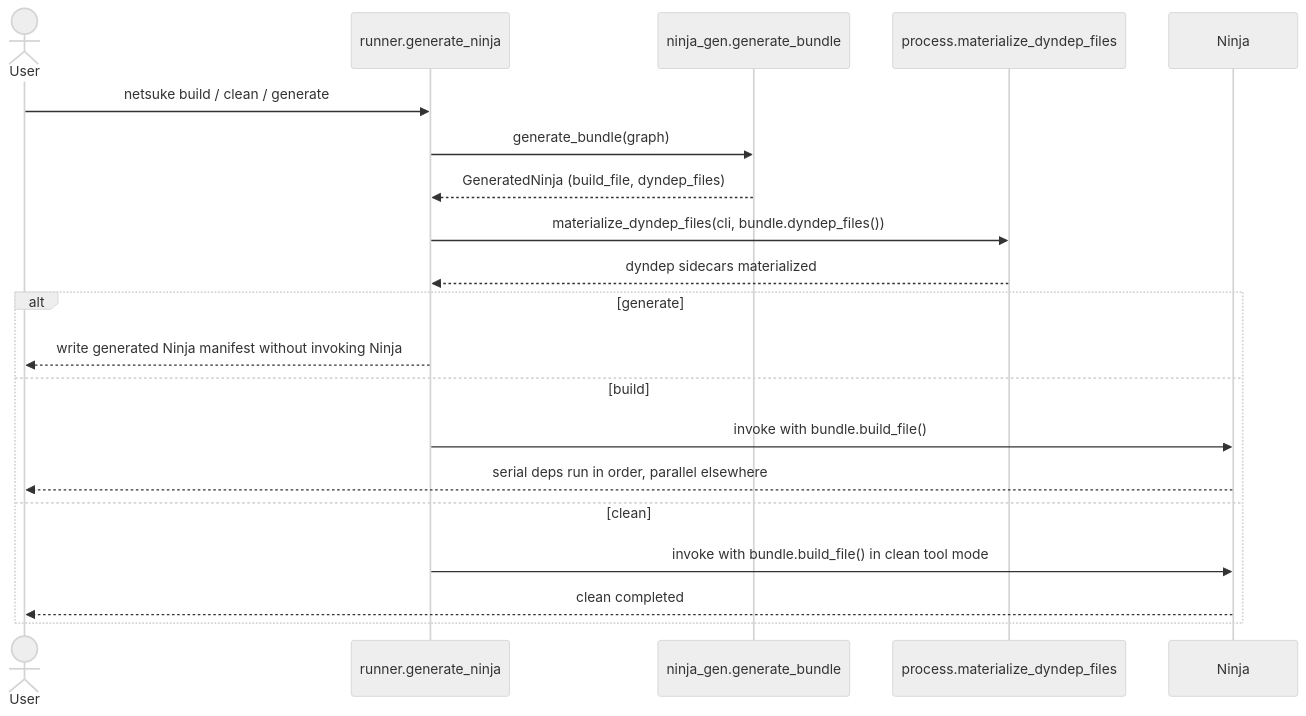
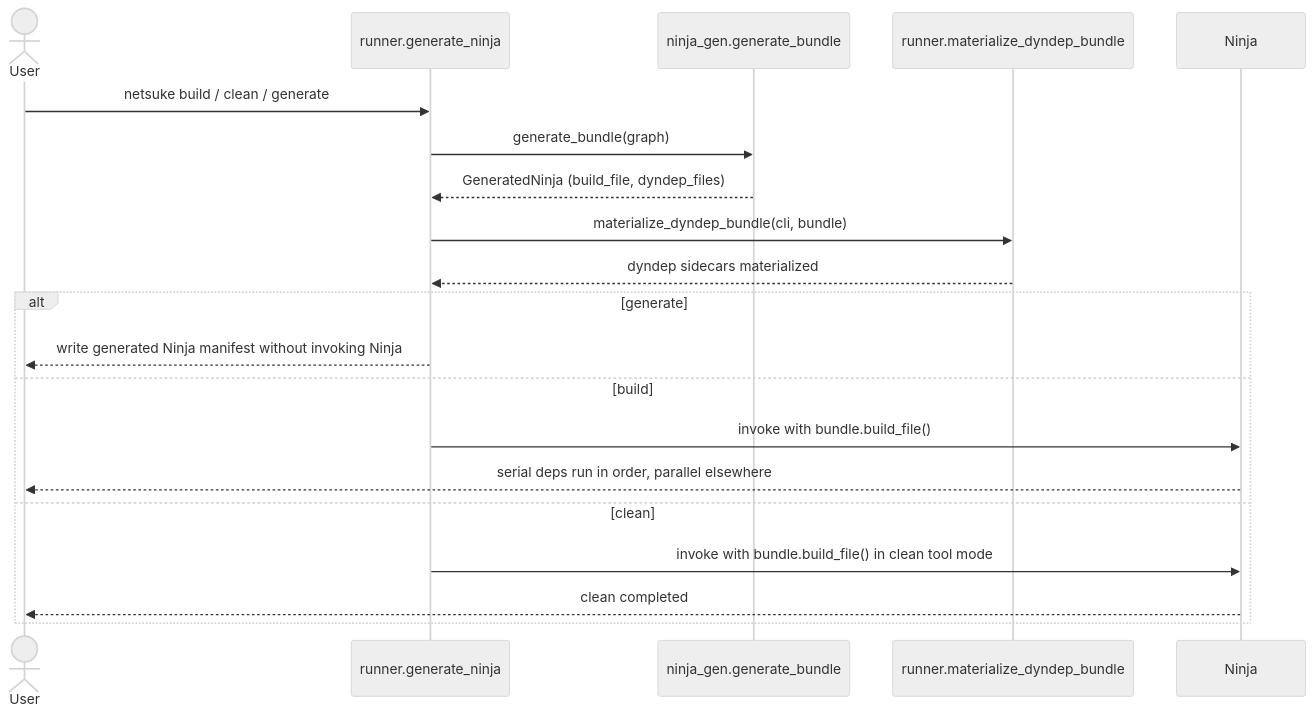
The tenth of 14 diagrams in docs/netsuke-design.md (leynos/netsuke), drawn with Mermaid (neutral theme) before and after one commit. The commit also changed 1 other file, not shown here.

Commit message:
Correct serial dyndep diagram boundary
Align the design sequence diagram with the runner capability-scoped publication contract and record the verified review finding in the issue plan.

````diff
--- a/docs/netsuke-design.md
+++ b/docs/netsuke-design.md
@@ -2130,29 +2130,29 @@
 ```mermaid
 sequenceDiagram
     accTitle: Runner-owned serial dependency generation and execution
     accDescr {
       The runner generates a Ninja bundle and materializes its dyndep sidecars.
       Generate writes the manifest without invoking Ninja. Build invokes Ninja
       for execution, and clean invokes Ninja in clean tool mode.
     }
     actor User
     participant Runner as runner.generate_ninja
     participant NinjaGen as ninja_gen.generate_bundle
-    participant Dyndep as process.materialize_dyndep_files
+    participant Dyndep as runner.materialize_dyndep_bundle
     participant Ninja
 
     User->>Runner: netsuke build / clean / generate
     Runner->>NinjaGen: generate_bundle(graph)
     NinjaGen-->>Runner: GeneratedNinja (build_file, dyndep_files)
-    Runner->>Dyndep: materialize_dyndep_files(cli, bundle.dyndep_files())
+    Runner->>Dyndep: materialize_dyndep_bundle(cli, bundle)
     Dyndep-->>Runner: dyndep sidecars materialized
     alt generate
         Runner-->>User: write generated Ninja manifest without invoking Ninja
     else build
         Runner->>Ninja: invoke with bundle.build_file()
         Ninja-->>User: serial deps run in order, parallel elsewhere
     else clean
         Runner->>Ninja: invoke with bundle.build_file() in clean tool mode
         Ninja-->>User: clean completed
     end
 ```
````
